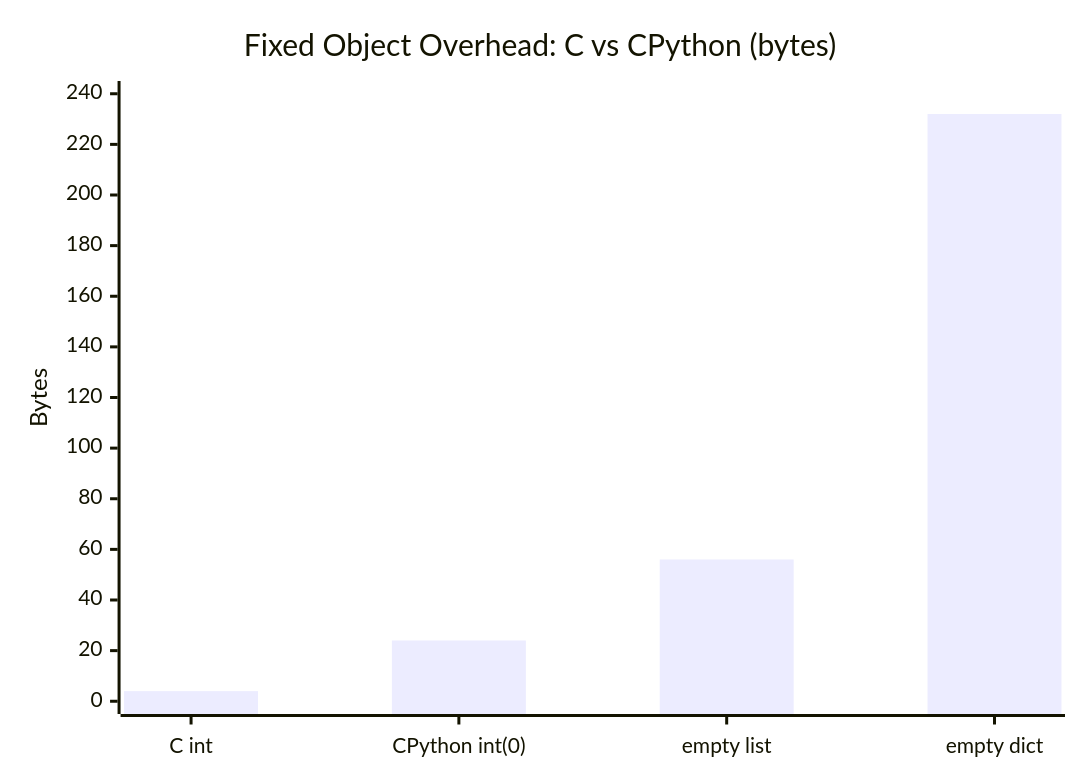
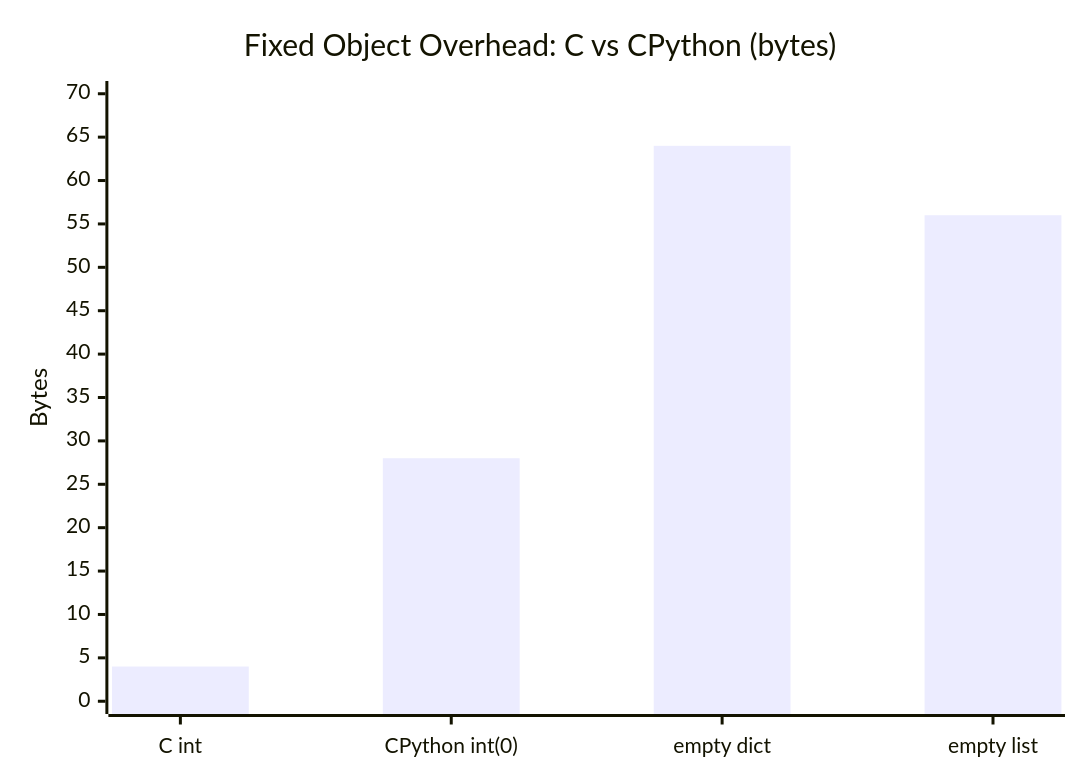
Before and after one commit to rppol/system-design: the fifth of 5 diagrams in src/main/java/com/rutik/systemdesign/python/cpython_memory_model/README.md, drawn with Mermaid. The commit also changed other lines of this file and 4 other files, not shown here.

````diff
--- a/src/main/java/com/rutik/systemdesign/python/cpython_memory_model/README.md
+++ b/src/main/java/com/rutik/systemdesign/python/cpython_memory_model/README.md
@@ -288,7 +308,7 @@
 ```mermaid
 xychart-beta
     title "Fixed Object Overhead: C vs CPython (bytes)"
-    x-axis ["C int", "CPython int(0)", "empty list", "empty dict"]
-    y-axis "Bytes" 0 --> 240
-    bar [4, 24, 56, 232]
+    x-axis ["C int", "CPython int(0)", "empty dict", "empty list"]
+    y-axis "Bytes" 0 --> 70
+    bar [4, 28, 64, 56]
 ```
````
